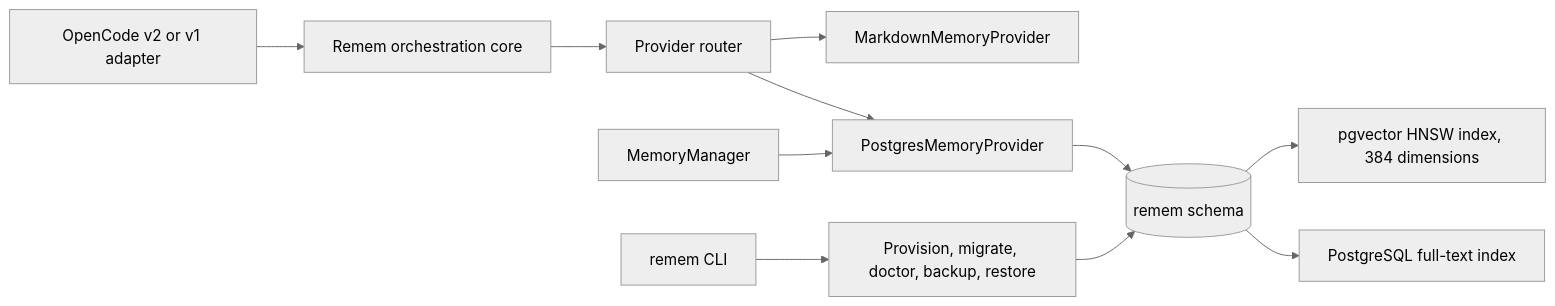
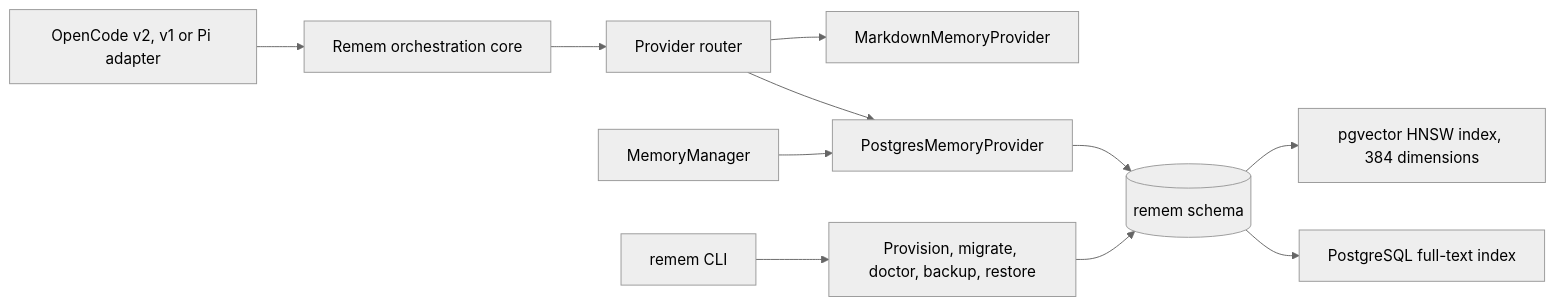
Before and after one commit to cgkades/remem: the first of 2 diagrams in docs/storage-architecture.md, drawn with Mermaid (neutral theme). The commit also changed other lines of this file and 18 other files, not shown here.

````diff
--- a/docs/storage-architecture.md
+++ b/docs/storage-architecture.md
@@ -21,13 +21,13 @@
 ```mermaid
 flowchart LR
-    OC[OpenCode v2 or v1 adapter] --> Core[Remem orchestration core]
+    OC[OpenCode v2, v1 or Pi adapter] --> Core[Remem orchestration core]
     Core --> Router[Provider router]
     Router --> PG[PostgresMemoryProvider]
     Router --> MD[MarkdownMemoryProvider]
     PG --> DB[(remem schema)]
     DB --> FTS[PostgreSQL full-text index]
     DB --> Vec[pgvector HNSW index, 384 dimensions]
     Manager[MemoryManager] --> PG
     CLI[remem CLI] --> Lifecycle[Provision, migrate, doctor, backup, restore]
     Lifecycle --> DB
 ```
````
